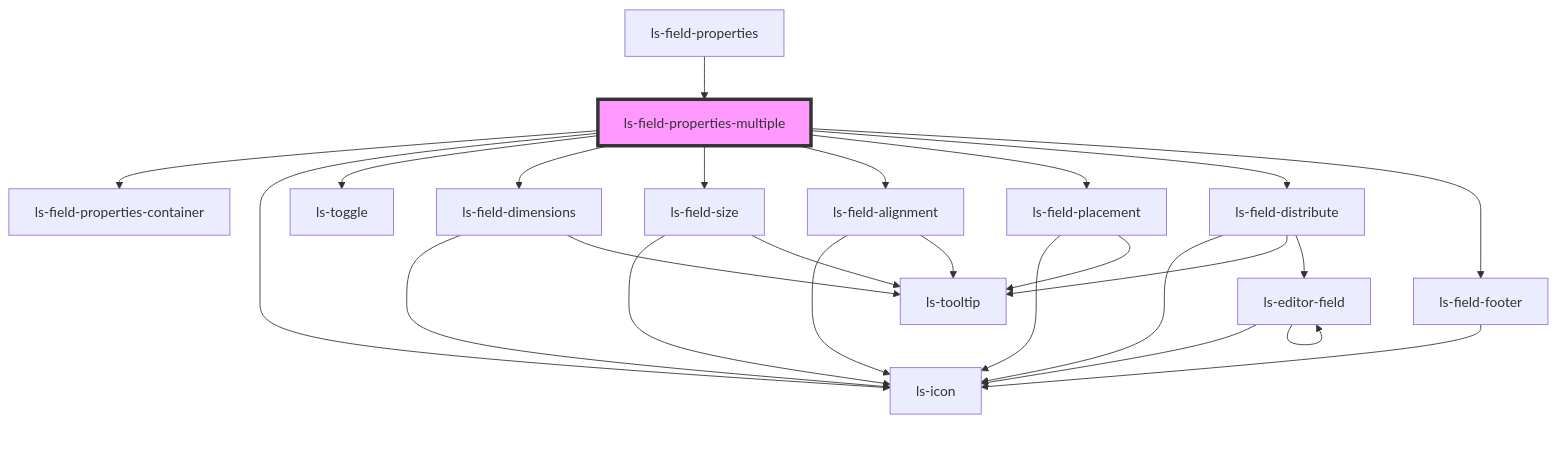
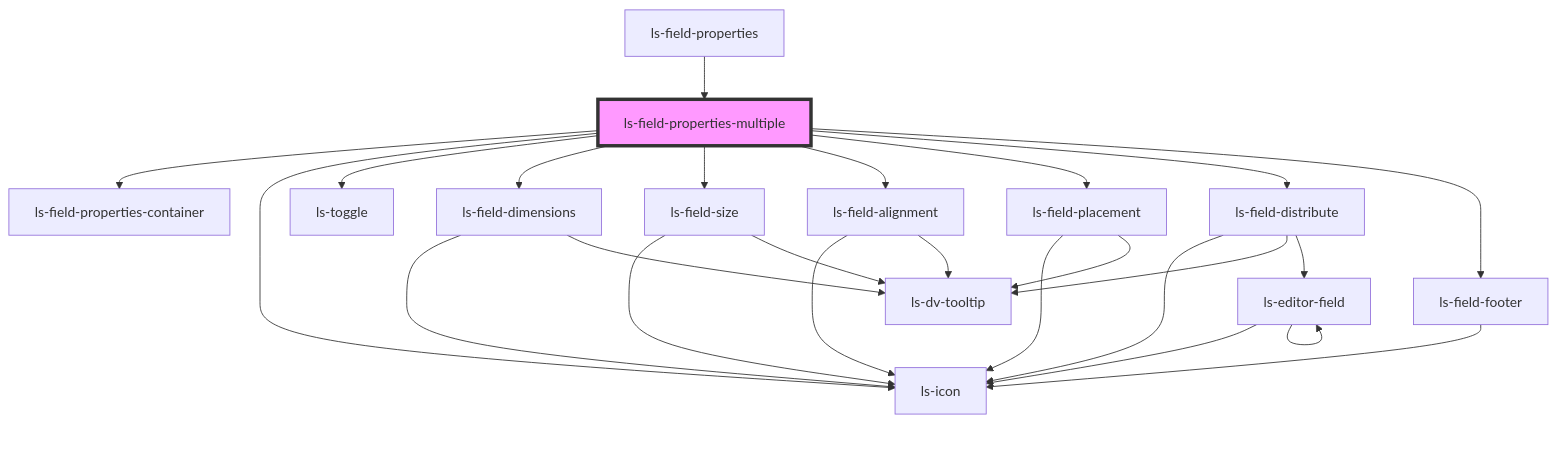
One commit to legalesign/ls-document-viewer changed the diagram in src/components/ls-field-properties-multiple/readme.md. Above: the diagram before and after it, drawn with Mermaid. The commit also changed other lines of this file and 72 other files, not shown here.

````diff
--- a/src/components/ls-field-properties-multiple/readme.md
+++ b/src/components/ls-field-properties-multiple/readme.md
@@ -42,28 +42,28 @@
 ```mermaid
 graph TD;
   ls-field-properties-multiple --> ls-field-properties-container
   ls-field-properties-multiple --> ls-icon
   ls-field-properties-multiple --> ls-toggle
   ls-field-properties-multiple --> ls-field-dimensions
   ls-field-properties-multiple --> ls-field-size
   ls-field-properties-multiple --> ls-field-alignment
   ls-field-properties-multiple --> ls-field-placement
   ls-field-properties-multiple --> ls-field-distribute
   ls-field-properties-multiple --> ls-field-footer
   ls-field-dimensions --> ls-icon
-  ls-field-dimensions --> ls-tooltip
+  ls-field-dimensions --> ls-dv-tooltip
   ls-field-size --> ls-icon
-  ls-field-size --> ls-tooltip
+  ls-field-size --> ls-dv-tooltip
   ls-field-alignment --> ls-icon
-  ls-field-alignment --> ls-tooltip
+  ls-field-alignment --> ls-dv-tooltip
   ls-field-placement --> ls-icon
-  ls-field-placement --> ls-tooltip
+  ls-field-placement --> ls-dv-tooltip
   ls-field-distribute --> ls-icon
-  ls-field-distribute --> ls-tooltip
+  ls-field-distribute --> ls-dv-tooltip
   ls-field-distribute --> ls-editor-field
   ls-editor-field --> ls-icon
   ls-editor-field --> ls-editor-field
   ls-field-footer --> ls-icon
   ls-field-properties --> ls-field-properties-multiple
   style ls-field-properties-multiple fill:#f9f,stroke:#333,stroke-width:4px
 ```
````
